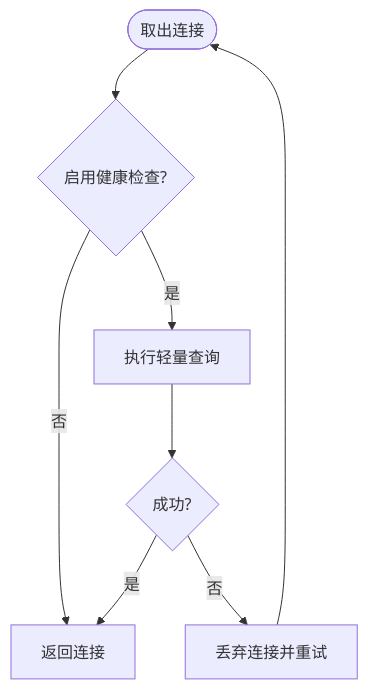
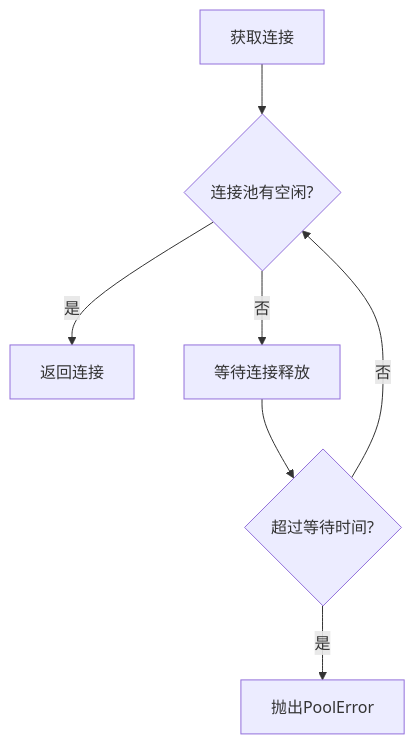
One commit to joezxh/QuantDinger changed the fifth of 6 diagrams in .qoder/repowiki/zh/content/配置管理/数据库配置.md. Above: the diagram before and after it, drawn with Mermaid. The commit also changed other lines of this file and 27 other files, not shown here.

````diff
--- a/.qoder/repowiki/zh/content/配置管理/数据库配置.md
+++ b/.qoder/repowiki/zh/content/配置管理/数据库配置.md
@@ -182,10 +206,9 @@
 ```mermaid
 flowchart TD
-Enter(["取出连接"]) --> HC{"启用健康检查?"}
-HC --> |否| Return["返回连接"]
-HC --> |是| Check["执行轻量查询"]
-Check --> Ok{"成功?"}
-Ok --> |是| Return
-Ok --> |否| Discard["丢弃连接并重试"]
-Discard --> Enter
+Acquire["获取连接"] --> CheckPool{"连接池有空闲?"}
+CheckPool --> |是| ReturnConn["返回连接"]
+CheckPool --> |否| Wait["等待连接释放"]
+Wait --> Timeout{"超过等待时间?"}
+Timeout --> |否| CheckPool
+Timeout --> |是| Error["抛出PoolError"]
 ```
````
